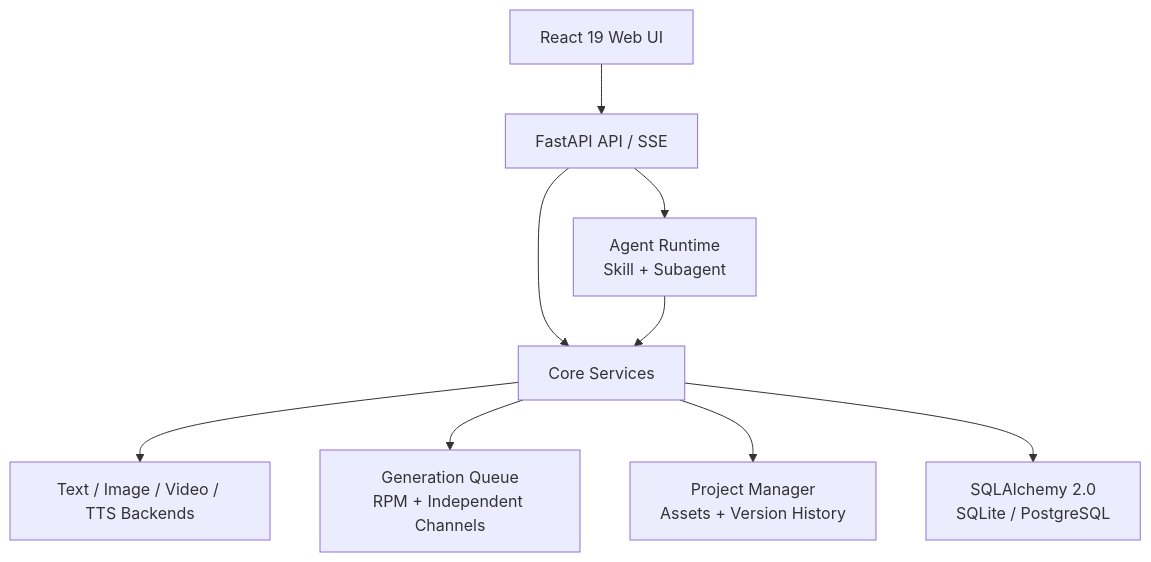
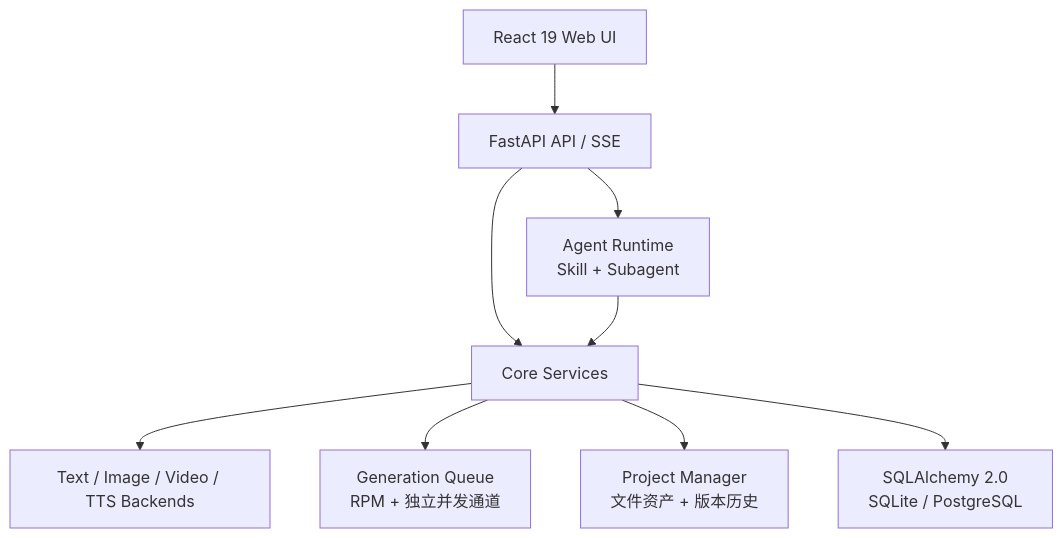
The second of 2 diagrams in README.en.md (ArcReel/ArcReel), drawn with Mermaid before and after one commit. The commit also changed other lines of this file and 18 other files, not shown here.

````diff
--- a/README.en.md
+++ b/README.en.md
@@ -212,11 +214,11 @@
 ```mermaid
 flowchart TB
     UI["React 19 Web UI"] --> API["FastAPI API / SSE"]
     API --> AGENT["Agent Runtime<br/>Skill + Subagent"]
     API --> CORE["Core Services"]
     AGENT --> CORE
     CORE --> PROVIDERS["Text / Image / Video / TTS Backends"]
-    CORE --> QUEUE["Generation Queue<br/>RPM + Independent Channels"]
-    CORE --> PROJECTS["Project Manager<br/>Assets + Version History"]
+    CORE --> QUEUE["Generation Queue<br/>RPM + 独立并发通道"]
+    CORE --> PROJECTS["Project Manager<br/>文件资产 + 版本历史"]
     CORE --> DB["SQLAlchemy 2.0<br/>SQLite / PostgreSQL"]
 ```
````
